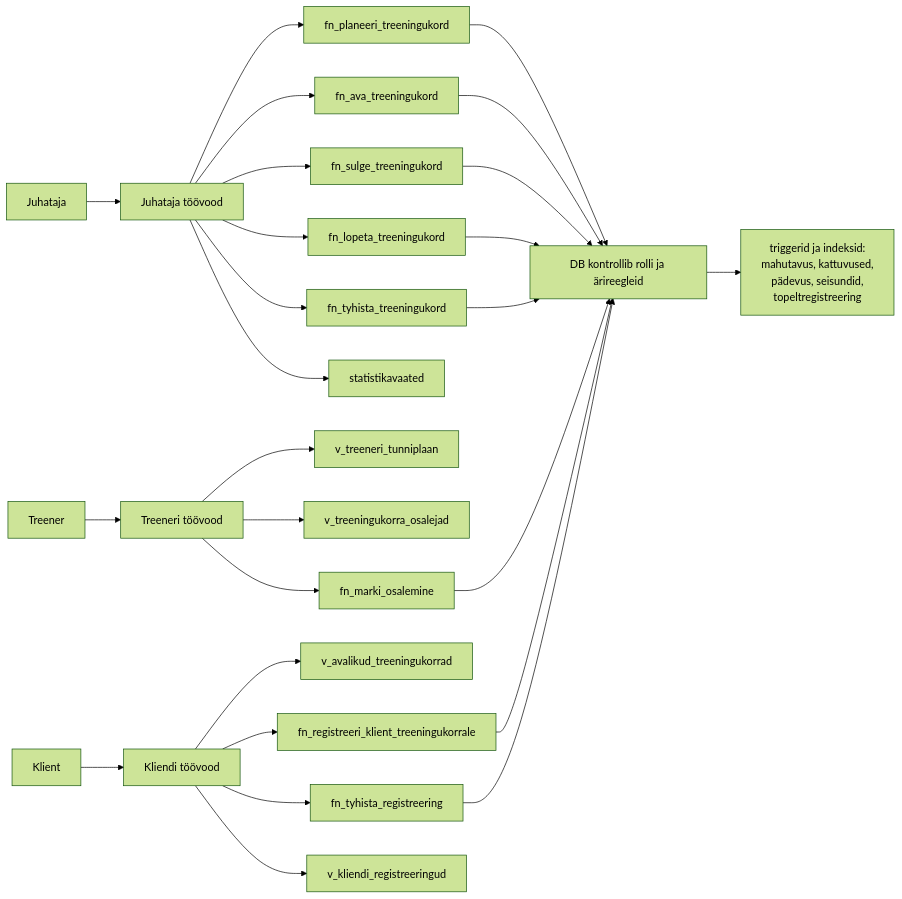
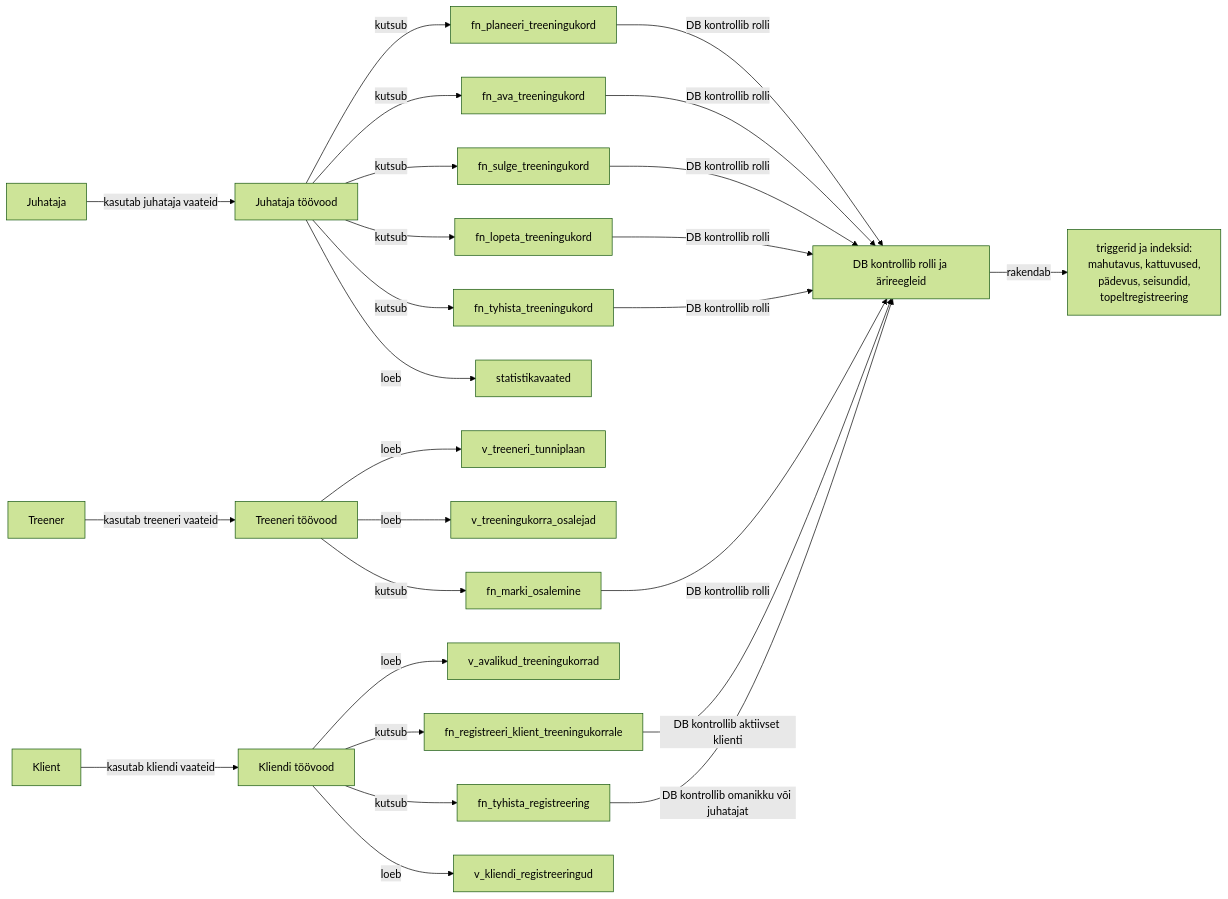
Before and after one commit to tamkivi/andmebaasid-projekt: the diagram in diagrams/08_permission_flow.mmd, drawn with Mermaid (forest theme). The commit also changed 23 other files, not shown here.

```diff
--- a/diagrams/08_permission_flow.mmd
+++ b/diagrams/08_permission_flow.mmd
@@ -1,31 +1,31 @@
 flowchart LR
-    JUH["Juhataja"] --> MGR["Juhataja töövood"]
-    TRE["Treener"] --> TRN["Treeneri töövood"]
-    KLI["Klient"] --> CLI["Kliendi töövood"]
+    JUH["Juhataja"] -->|"kasutab juhataja vaateid"| MGR["Juhataja töövood"]
+    TRE["Treener"] -->|"kasutab treeneri vaateid"| TRN["Treeneri töövood"]
+    KLI["Klient"] -->|"kasutab kliendi vaateid"| CLI["Kliendi töövood"]
 
-    MGR --> FP["fn_planeeri_treeningukord"]
-    MGR --> FA["fn_ava_treeningukord"]
-    MGR --> FS["fn_sulge_treeningukord"]
-    MGR --> FL["fn_lopeta_treeningukord"]
-    MGR --> FT["fn_tyhista_treeningukord"]
-    MGR --> STAT["statistikavaated"]
+    MGR -->|"kutsub"| FP["fn_planeeri_treeningukord"]
+    MGR -->|"kutsub"| FA["fn_ava_treeningukord"]
+    MGR -->|"kutsub"| FS["fn_sulge_treeningukord"]
+    MGR -->|"kutsub"| FL["fn_lopeta_treeningukord"]
+    MGR -->|"kutsub"| FT["fn_tyhista_treeningukord"]
+    MGR -->|"loeb"| STAT["statistikavaated"]
 
-    TRN --> TV["v_treeneri_tunniplaan"]
-    TRN --> RO["v_treeningukorra_osalejad"]
-    TRN --> FO["fn_marki_osalemine"]
+    TRN -->|"loeb"| TV["v_treeneri_tunniplaan"]
+    TRN -->|"loeb"| RO["v_treeningukorra_osalejad"]
+    TRN -->|"kutsub"| FO["fn_marki_osalemine"]
 
-    CLI --> AV["v_avalikud_treeningukorrad"]
-    CLI --> FR["fn_registreeri_klient_treeningukorrale"]
-    CLI --> FC["fn_tyhista_registreering"]
-    CLI --> KV["v_kliendi_registreeringud"]
+    CLI -->|"loeb"| AV["v_avalikud_treeningukorrad"]
+    CLI -->|"kutsub"| FR["fn_registreeri_klient_treeningukorrale"]
+    CLI -->|"kutsub"| FC["fn_tyhista_registreering"]
+    CLI -->|"loeb"| KV["v_kliendi_registreeringud"]
 
-    FP --> DBVAL["DB kontrollib rolli ja ärireegleid"]
-    FA --> DBVAL
-    FS --> DBVAL
-    FL --> DBVAL
-    FT --> DBVAL
-    FO --> DBVAL
-    FR --> DBVAL
-    FC --> DBVAL
+    FP -->|"DB kontrollib rolli"| DBVAL["DB kontrollib rolli ja ärireegleid"]
+    FA -->|"DB kontrollib rolli"| DBVAL
+    FS -->|"DB kontrollib rolli"| DBVAL
+    FL -->|"DB kontrollib rolli"| DBVAL
+    FT -->|"DB kontrollib rolli"| DBVAL
+    FO -->|"DB kontrollib rolli"| DBVAL
+    FR -->|"DB kontrollib aktiivset klienti"| DBVAL
+    FC -->|"DB kontrollib omanikku või juhatajat"| DBVAL
 
-    DBVAL --> INV["triggerid ja indeksid:\nmahutavus, kattuvused,\npädevus, seisundid,\ntopeltregistreering"]
+    DBVAL -->|"rakendab"| INV["triggerid ja indeksid:\nmahutavus, kattuvused,\npädevus, seisundid,\ntopeltregistreering"]
```
